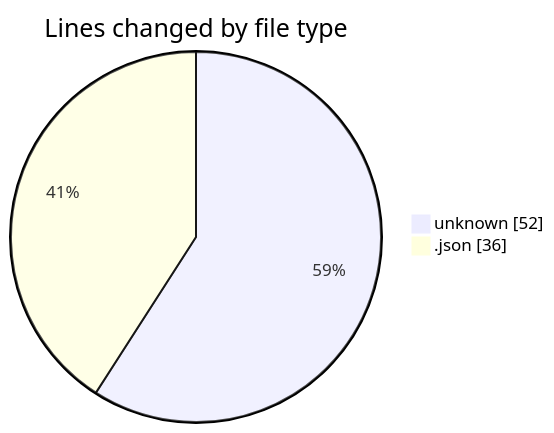
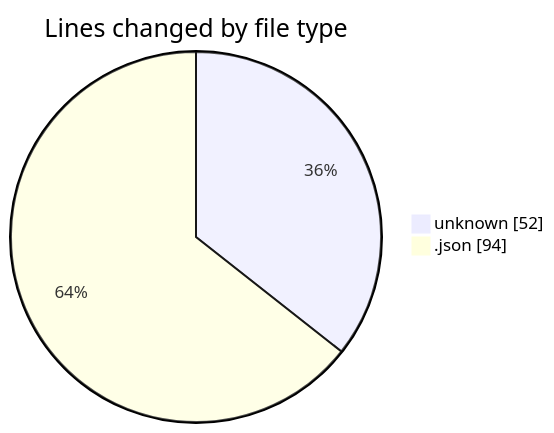
Before and after one commit to JenPaints/code-tracking: the first of 2 diagrams in 2025-07-24/cohera/README.md, drawn with Mermaid. The commit also changed other lines of this file and 1 other file, not shown here.

````diff
--- a/2025-07-24/cohera/README.md
+++ b/2025-07-24/cohera/README.md
@@ -22,6 +23,6 @@
 ```mermaid
 pie showData
 title Lines changed by file type
 "unknown" : 52
-".json" : 36
+".json" : 94
 ```
````
